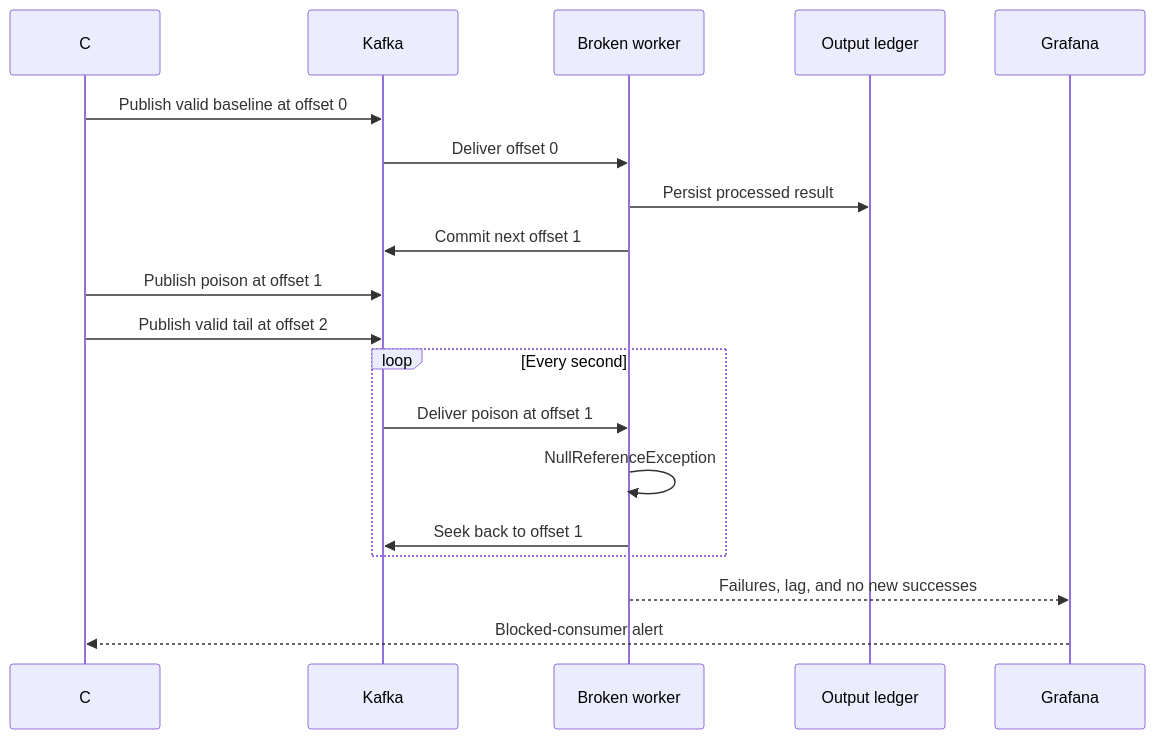
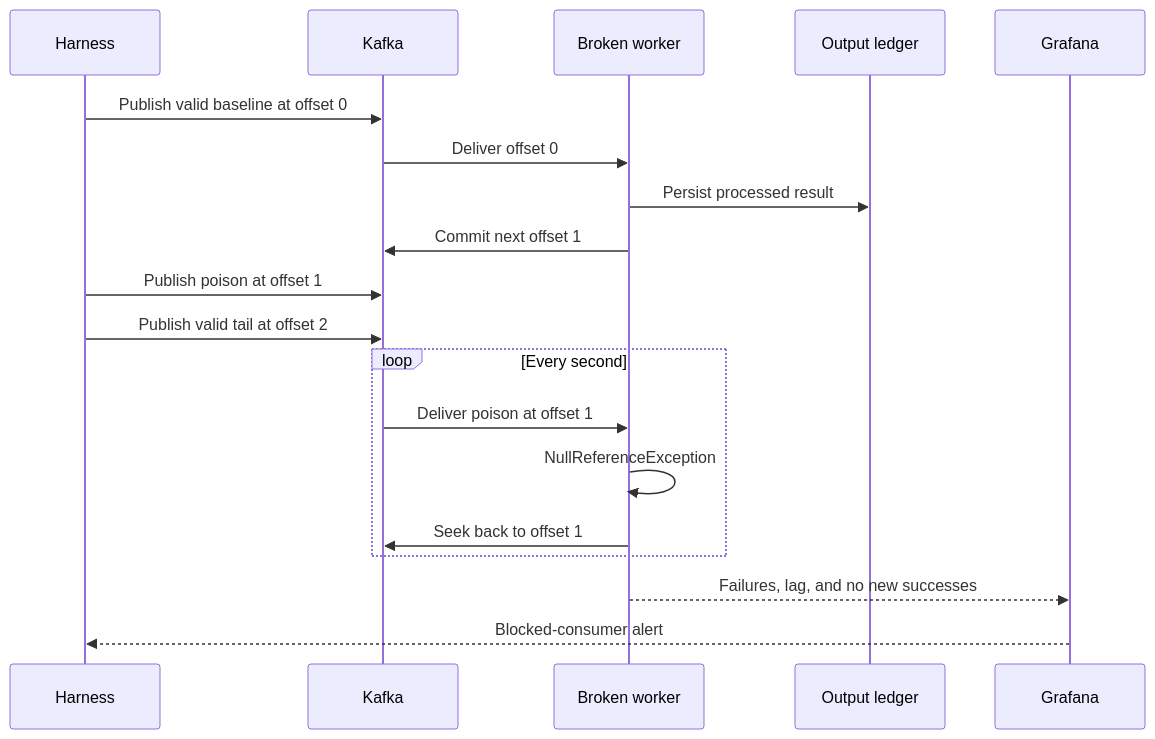
The second of 4 diagrams in README.md (bulatgrzegorz/incident-repair-harness), drawn with Mermaid before and after one commit. The commit also changed other lines of this file and 5 other files, not shown here.

````diff
--- a/README.md
+++ b/README.md
@@ -88,22 +86,22 @@
 ```mermaid
 sequenceDiagram
-    participant H as C# harness
+    participant H as Harness
     participant K as Kafka
     participant W as Broken worker
     participant L as Output ledger
     participant G as Grafana
 
     H->>K: Publish valid baseline at offset 0
     K->>W: Deliver offset 0
     W->>L: Persist processed result
     W->>K: Commit next offset 1
     H->>K: Publish poison at offset 1
     H->>K: Publish valid tail at offset 2
     loop Every second
         K->>W: Deliver poison at offset 1
         W->>W: NullReferenceException
         W->>K: Seek back to offset 1
     end
     W-->>G: Failures, lag, and no new successes
     G-->>H: Blocked-consumer alert
 ```
````
